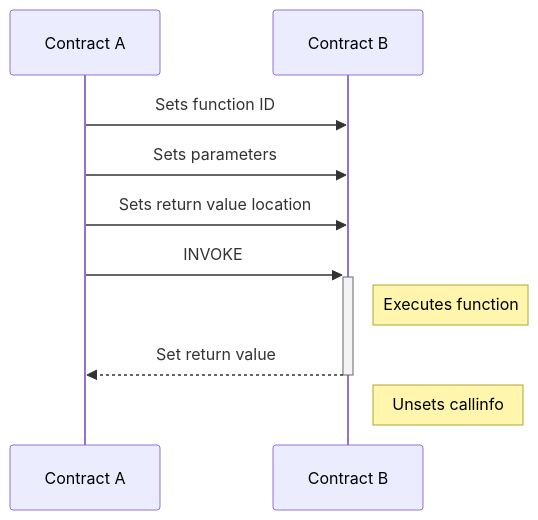
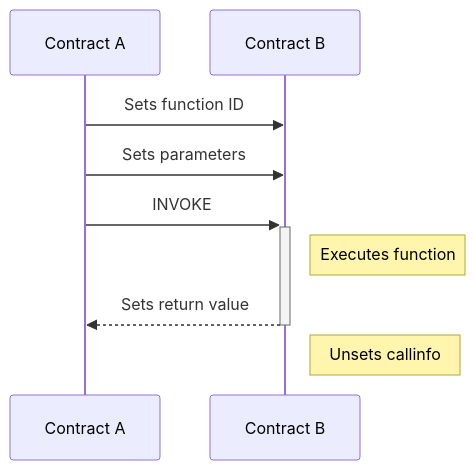
Before and after one commit to Ashy5000/polycash: the diagram in docs/standards/std01.md, drawn with Mermaid. The commit also changed other lines of this file, not shown here.

Commit message:
Updates return value location calculation in std01

````diff
--- a/docs/standards/std01.md
+++ b/docs/standards/std01.md
@@ -16,10 +16,9 @@
 ```mermaid
 sequenceDiagram
     Contract A->>Contract B: Sets function ID
     Contract A->>Contract B: Sets parameters
-    Contract A->>Contract B: Sets return value location
     Contract A->>+Contract B: INVOKE
         Note right of Contract B: Executes function
-    Contract B-->>-Contract A: Set return value
+    Contract B-->>-Contract A: Sets return value
         Note right of Contract B: Unsets callinfo
 ```
````
